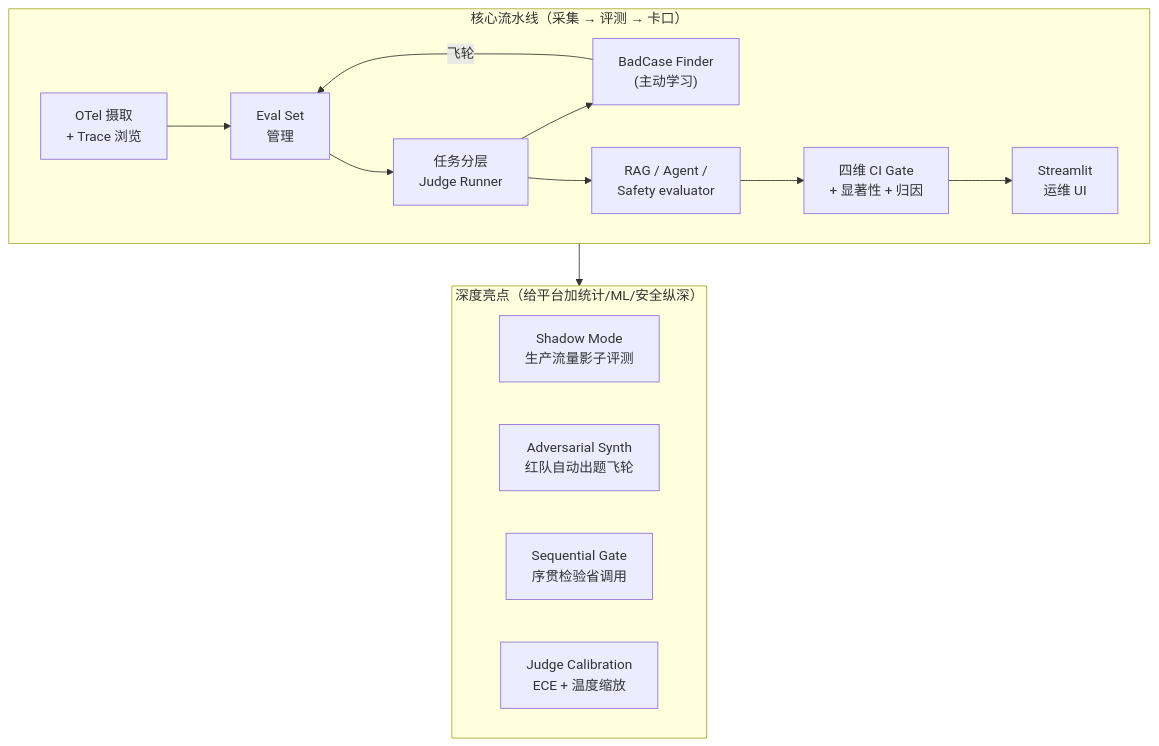
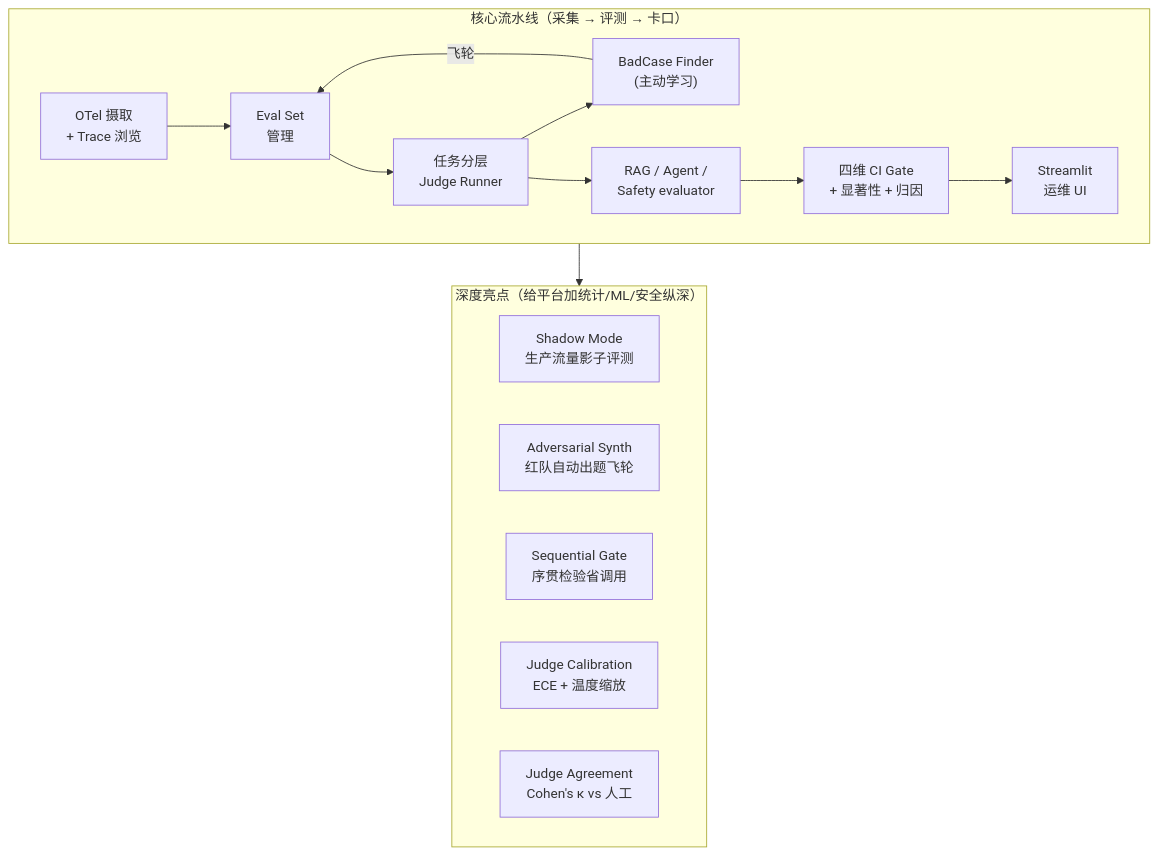
One commit to AndyUneducated/eval-gate changed the second of 7 diagrams in README.md. Above: the diagram before and after it, drawn with Mermaid. The commit also changed other lines of this file and 44 other files, not shown here.

First line of the commit message:
feat: add Phase 17 judge agreement/stats and Phase 18 cloud deploy

````diff
--- a/README.md
+++ b/README.md
@@ -74,21 +74,22 @@
 ```mermaid
 flowchart TB
     subgraph core["核心流水线（采集 → 评测 → 卡口）"]
         direction LR
         IN["OTel 摄取<br/>+ Trace 浏览"] --> ES["Eval Set<br/>管理"]
         ES --> JR["任务分层<br/>Judge Runner"]
         JR --> BF["BadCase Finder<br/>(主动学习)"]
         JR --> EV["RAG / Agent /<br/>Safety evaluator"]
         EV --> GT["四维 CI Gate<br/>+ 显著性 + 归因"]
         BF -->|"飞轮"| ES
         GT --> UIX["Streamlit<br/>运维 UI"]
     end
     subgraph hl["深度亮点（给平台加统计/ML/安全纵深）"]
         direction LR
         SH["Shadow Mode<br/>生产流量影子评测"]
         AD["Adversarial Synth<br/>红队自动出题飞轮"]
         SQ["Sequential Gate<br/>序贯检验省调用"]
         CA["Judge Calibration<br/>ECE + 温度缩放"]
+        KA["Judge Agreement<br/>Cohen's κ vs 人工"]
     end
     core --> hl
 ```
````
